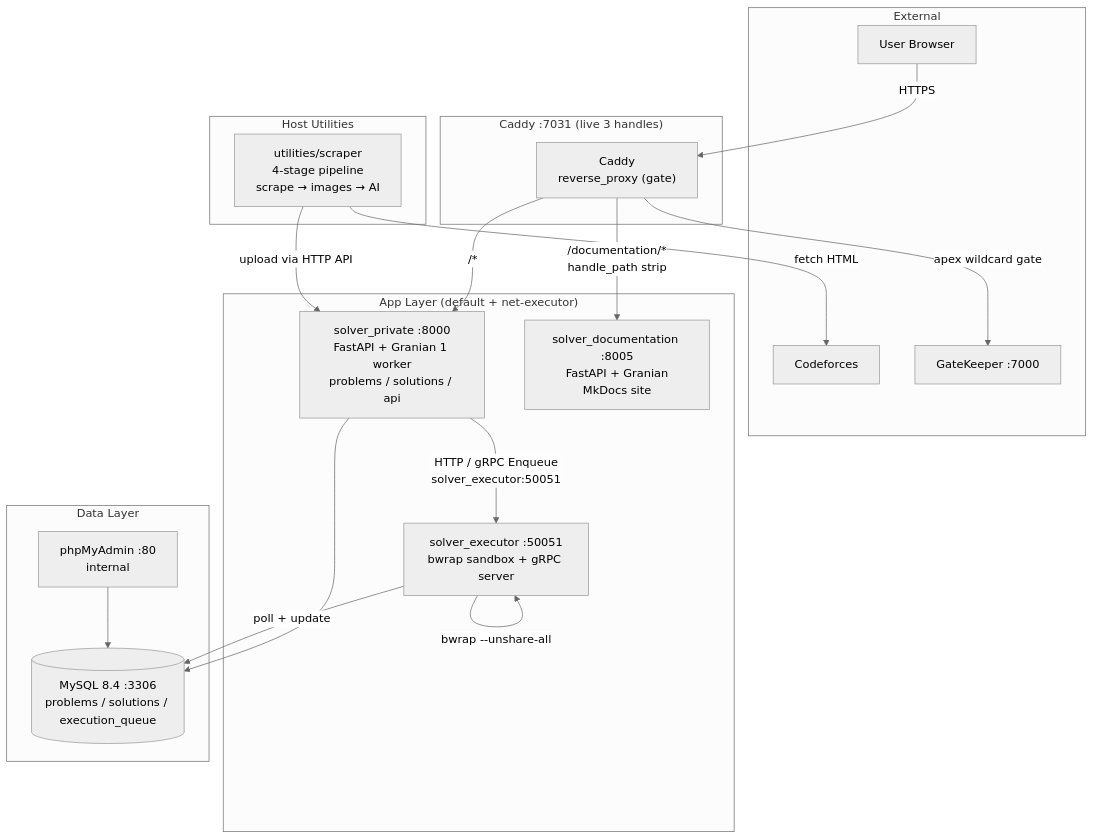
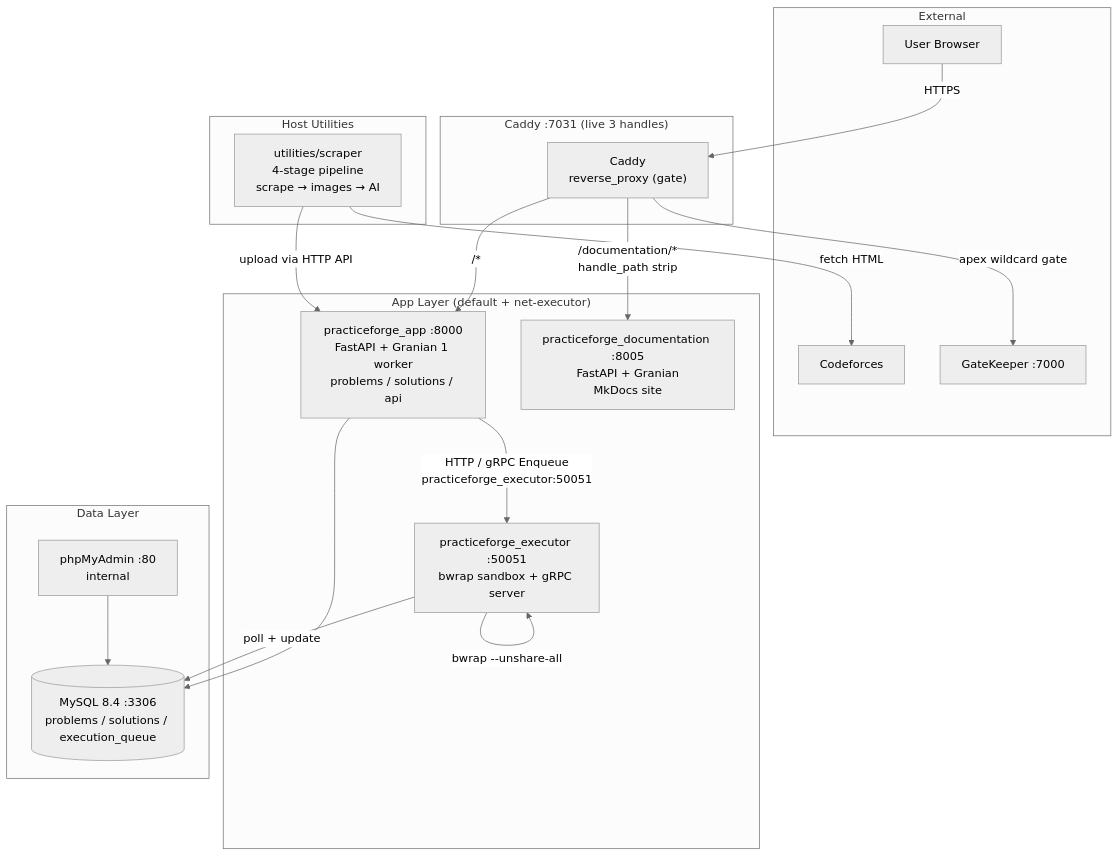
One commit to NovaProtocol/PracticeForge changed the diagram in documentation/docs/index.md. Above: the diagram before and after it, drawn with Mermaid (neutral theme). The commit also changed other lines of this file and 19 other files, not shown here.

````diff
--- a/documentation/docs/index.md
+++ b/documentation/docs/index.md
@@ -26,41 +26,41 @@
 ```mermaid
 graph TB
  subgraph "External"
  U["User Browser"]
  CF["Codeforces"]
  GK["GateKeeper :7000"]
  end
 
  subgraph "Caddy :7031 (live 3 handles)"
  CADDY["Caddy<br/>reverse_proxy (gate)"]
  end
 
  subgraph "App Layer (default + net-executor)"
- SOLVER["solver_private :8000<br/>FastAPI + Granian 1 worker<br/>problems / solutions / api"]
- EXEC["solver_executor :50051<br/>bwrap sandbox + gRPC server"]
- DOCS["solver_documentation :8005<br/>FastAPI + Granian<br/>MkDocs site"]
+ SOLVER["practiceforge_app :8000<br/>FastAPI + Granian 1 worker<br/>problems / solutions / api"]
+ EXEC["practiceforge_executor :50051<br/>bwrap sandbox + gRPC server"]
+ DOCS["practiceforge_documentation :8005<br/>FastAPI + Granian<br/>MkDocs site"]
  end
 
  subgraph "Data Layer"
  DB[("MySQL 8.4 :3306<br/>problems / solutions / execution_queue")]
  PMA["phpMyAdmin :80<br/>internal"]
  end
 
  subgraph "Host Utilities"
  SCRAPER["utilities/scraper<br/>4-stage pipeline<br/>scrape → images → AI"]
  end
 
  U -->|HTTPS| CADDY
  CADDY -->|"apex wildcard gate"| GK
  CADDY -->|"/*"| SOLVER
  CADDY -->|"/documentation/*<br/>handle_path strip"| DOCS
 
- SOLVER -->|"HTTP / gRPC Enqueue<br/>solver_executor:50051"| EXEC
+ SOLVER -->|"HTTP / gRPC Enqueue<br/>practiceforge_executor:50051"| EXEC
  SOLVER --> DB
  EXEC -->|"poll + update"| DB
  EXEC -->|"bwrap --unshare-all"| EXEC
  PMA --> DB
 
  SCRAPER -->|"upload via HTTP API"| SOLVER
  SCRAPER -->|"fetch HTML"| CF
 ```
````
